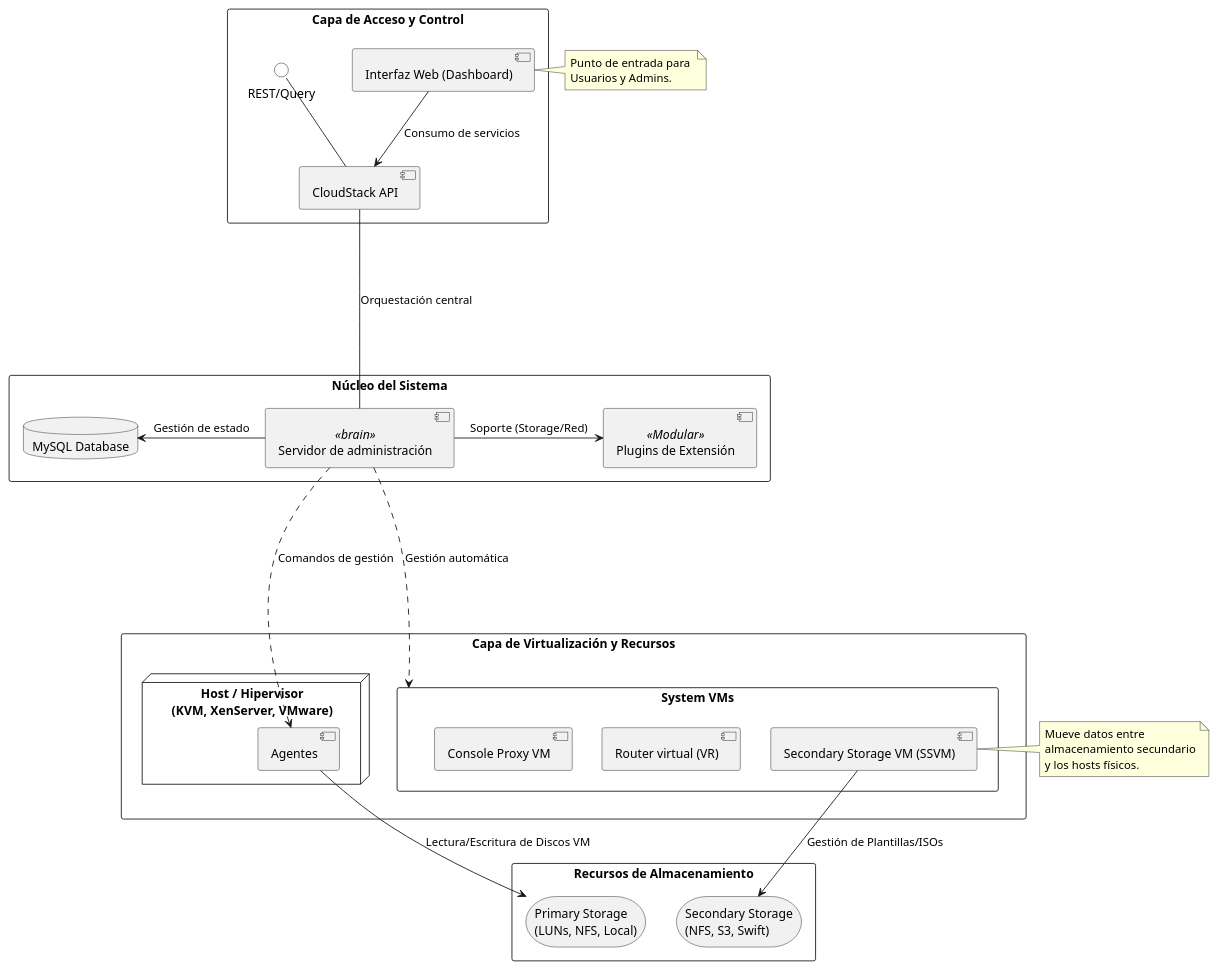
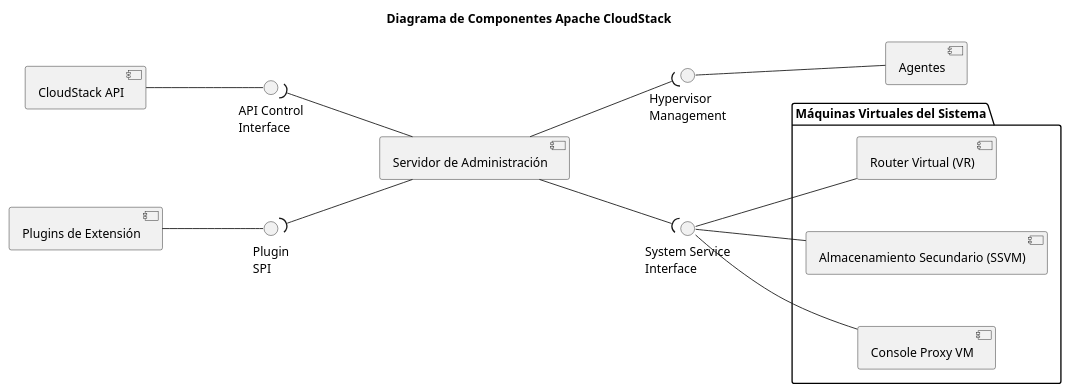
One commit to Rotrex53/Arquitectura-CloudStack changed the diagram in vistaFuncional.puml. Above: the diagram before and after it, drawn with PlantUML.

Commit message:
DIAGRAMA COMPONENTES ACTUALIZADO
Updated the component diagram for Apache CloudStack, modifying package names and adding interfaces.

```diff
--- a/vistaFuncional.puml
+++ b/vistaFuncional.puml
@@ -1,65 +1,42 @@
-@startuml ComponentesCloudStack_Arquitectura_Pro
+@startuml Componentes
+left to right direction
 skinparam componentStyle uml2
-skinparam packageStyle rectangle
-skinparam actorStyle human
+skinparam nodesep 60
+skinparam ranksep 80
 
-skinparam interface {
-    backgroundColor White
-    borderColor Black
+title Diagrama de Componentes Apache CloudStack
+
+component "Servidor de Administración" as MS
+
+component "CloudStack API" as API
+component "Plugins de Extensión" as PLUG
+
+component "Agentes" as AG
+
+package "Máquinas Virtuales del Sistema" {
+    component "Router Virtual (VR)" as VR
+    component "Almacenamiento Secundario (SSVM)" as SSVM
+    component "Console Proxy VM" as CPVM
 }
 
-package "Capa de Acceso y Control" {
-    component [Interfaz Web (Dashboard)] as UI
-    interface "REST/Query" as REST
-    component [CloudStack API] as API
-    
-    UI -down-> API : "Consumo de servicios"
-    REST -down- API
-}
+interface "API Control\nInterface" as iAPI
+interface "Hypervisor\nManagement" as iAG
+interface "System Service\nInterface" as iSVM
+interface "Plugin\nSPI" as iPLUG
 
-package "Núcleo del Sistema" {
-    component [Servidor de administración] as MS <<brain>>
-    database "MySQL Database" as DB
-    component [Plugins de Extensión] as Plugins <<Modular>>
-    
-    MS -left-> DB : "Gestión de estado"
-    MS -right-> Plugins : "Soporte (Storage/Red)"
-}
 
-package "Recursos de Almacenamiento" {
-    storage "Primary Storage\n(LUNs, NFS, Local)" as PStorage
-    storage "Secondary Storage\n(NFS, S3, Swift)" as SStorage
-}
+API -- iAPI
+iAPI )-- MS
 
-package "Capa de Virtualización y Recursos" {
-    node "Host / Hipervisor\n(KVM, XenServer, VMware)" as Host {
-        component [Agentes] as Agentes
-    }
-    
-    package "System VMs" {
-        component [Router virtual (VR)] as VR
-        component [Secondary Storage VM (SSVM)] as SSVM
-        component [Console Proxy VM] as CPVM
-    }
-}
+PLUG -- iPLUG
+iPLUG )-- MS
 
-API --down-- MS : "Orquestación central"
+MS --( iAG
+iAG -- AG
 
-MS ..down..> Agentes : "Comandos de gestión"
-MS ..down..> [System VMs] : "Gestión automática"
-
-SSVM -down-> SStorage : "Gestión de Plantillas/ISOs"
-Agentes -up-> PStorage : "Lectura/Escritura de Discos VM"
-
-note left of UI
-  Punto de entrada para 
-  Usuarios y Admins.
-endnote
-
-note right of SSVM
-  Mueve datos entre 
-  almacenamiento secundario
-  y los hosts físicos.
-endnote
+MS --( iSVM
+iSVM -- VR
+iSVM -- SSVM
+iSVM -- CPVM
 
 @enduml
```
